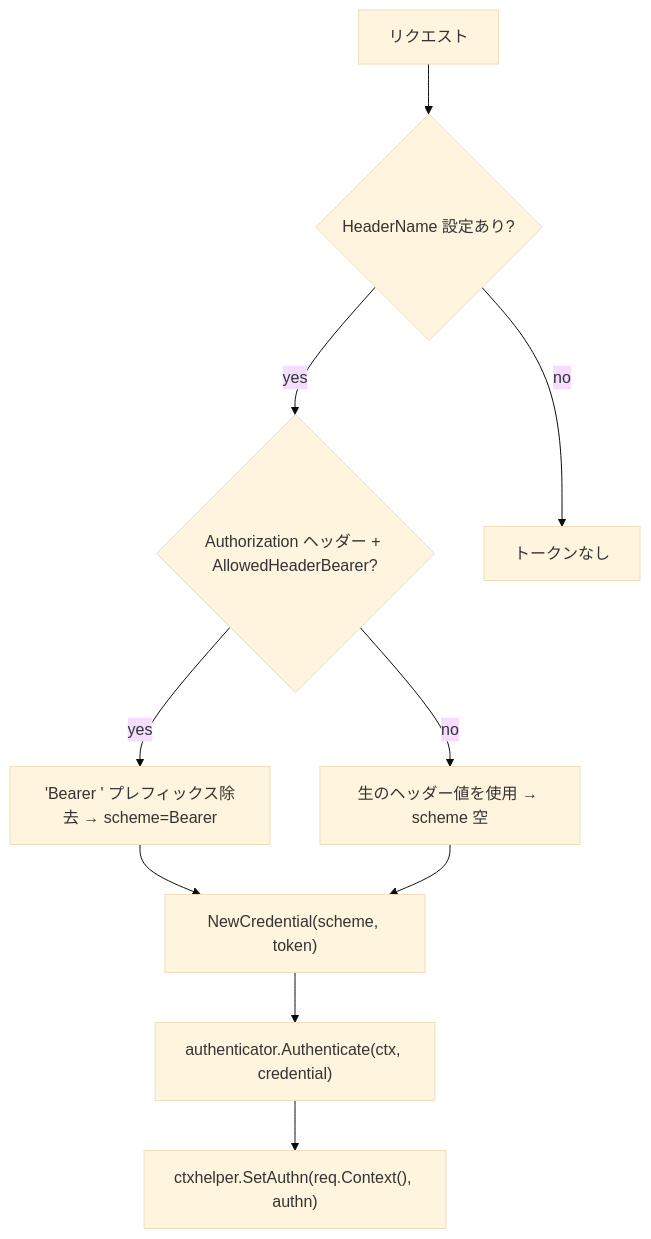
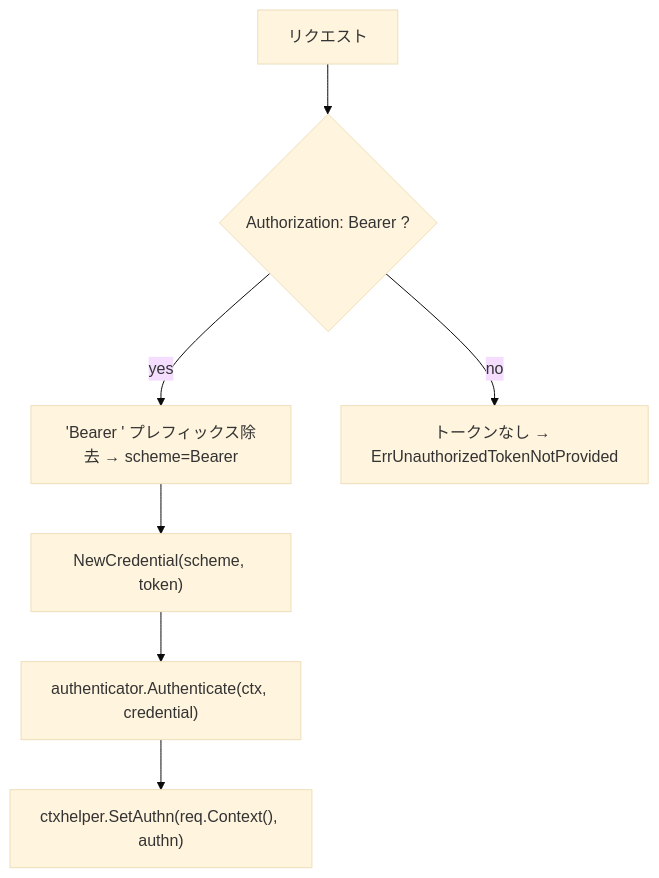
The first of 2 diagrams in internal/controller/httpstack/oapi/auth/README.ja.md (Tomy-ch/go-boilerplate), drawn with Mermaid (base theme) before and after one commit. The commit also changed other lines of this file and 13 other files, not shown here.

````diff
--- a/internal/controller/httpstack/oapi/auth/README.ja.md
+++ b/internal/controller/httpstack/oapi/auth/README.ja.md
@@ -9,19 +9,15 @@
 ```mermaid
 flowchart TB
     Start["リクエスト"]
-    Header{"HeaderName 設定あり?"}
-    IsAuth{"Authorization ヘッダー + AllowedHeaderBearer?"}
+    IsBearer{"Authorization: Bearer <token>?"}
     StripBearer["'Bearer ' プレフィックス除去 → scheme=Bearer"]
-    RawHeader["生のヘッダー値を使用 → scheme 空"]
-    NoToken["トークンなし"]
+    NoToken["トークンなし → ErrUnauthorizedTokenNotProvided"]
     Credential["NewCredential(scheme, token)"]
     Authenticate["authenticator.Authenticate(ctx, credential)"]
     StoreAuthn["ctxhelper.SetAuthn(req.Context(), authn)"]
 
-    Start --> Header
-    Header -- yes --> IsAuth
-    IsAuth -- yes --> StripBearer --> Credential
-    IsAuth -- no --> RawHeader --> Credential
-    Header -- no --> NoToken
+    Start --> IsBearer
+    IsBearer -- yes --> StripBearer --> Credential
+    IsBearer -- no --> NoToken
     Credential --> Authenticate --> StoreAuthn
 ```
````
